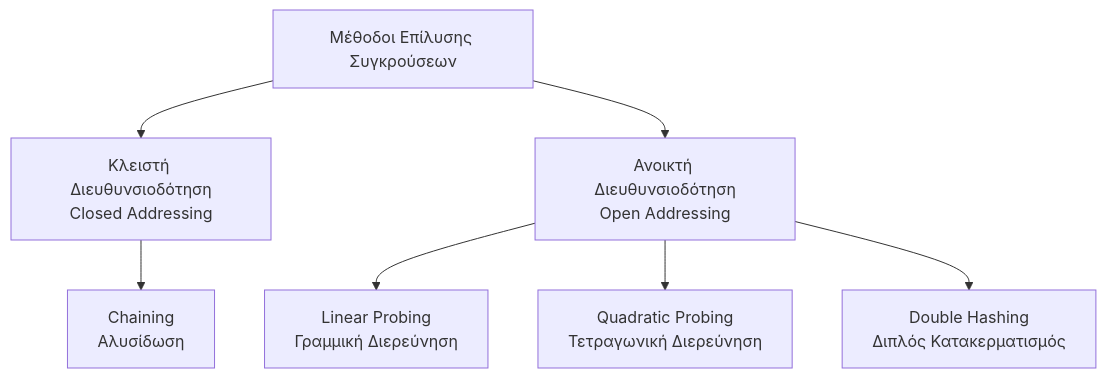
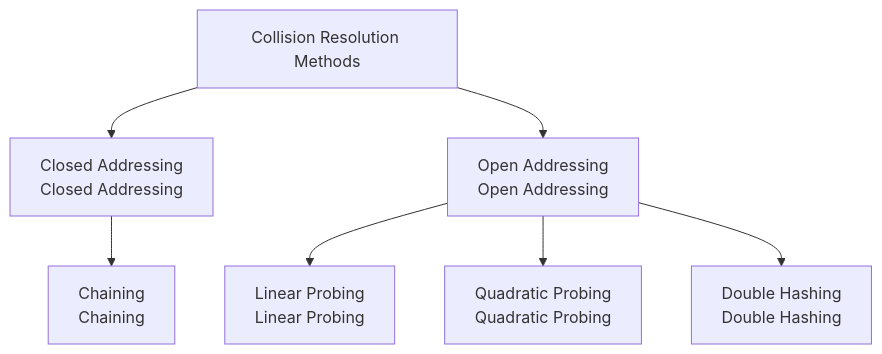
The second of 5 diagrams in Year_2/Semester_3/DSA_DATA_STRUCTURES_ALGORITHMS/Resources/Hashing.md (PanagopoulosNikolaos/DitOpenNotes), drawn with Mermaid before and after one commit. The commit also changed other lines of this file and 50 other files, not shown here.

````diff
--- a/Year_2/Semester_3/DSA_DATA_STRUCTURES_ALGORITHMS/Resources/Hashing.md
+++ b/Year_2/Semester_3/DSA_DATA_STRUCTURES_ALGORITHMS/Resources/Hashing.md
@@ -139,11 +139,11 @@
 ```mermaid
 graph TD
-    A[Μέθοδοι Επίλυσης Συγκρούσεων] --> B[Κλειστή Διευθυνσιοδότηση<br/>Closed Addressing]
-    A --> C[Ανοικτή Διευθυνσιοδότηση<br/>Open Addressing]
+    A[Collision Resolution Methods] --> B[Closed Addressing<br/>Closed Addressing]
+    A --> C[Open Addressing<br/>Open Addressing]
     
-    B --> D[Chaining<br/>Αλυσίδωση]
+    B --> D[Chaining<br/>Chaining]
     
-    C --> E[Linear Probing<br/>Γραμμική Διερεύνηση]
-    C --> F[Quadratic Probing<br/>Τετραγωνική Διερεύνηση]
-    C --> G[Double Hashing<br/>Διπλός Κατακερματισμός]
+    C --> E[Linear Probing<br/>Linear Probing]
+    C --> F[Quadratic Probing<br/>Quadratic Probing]
+    C --> G[Double Hashing<br/>Double Hashing]
 ```
````
